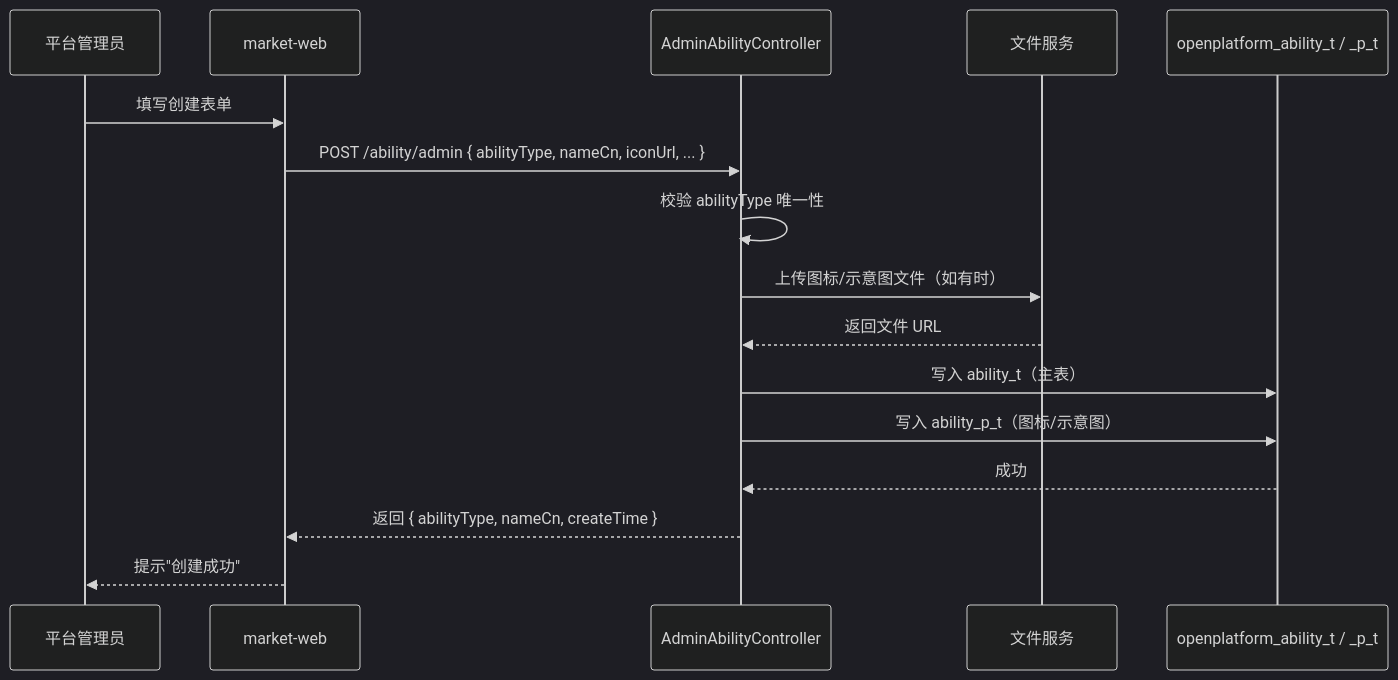
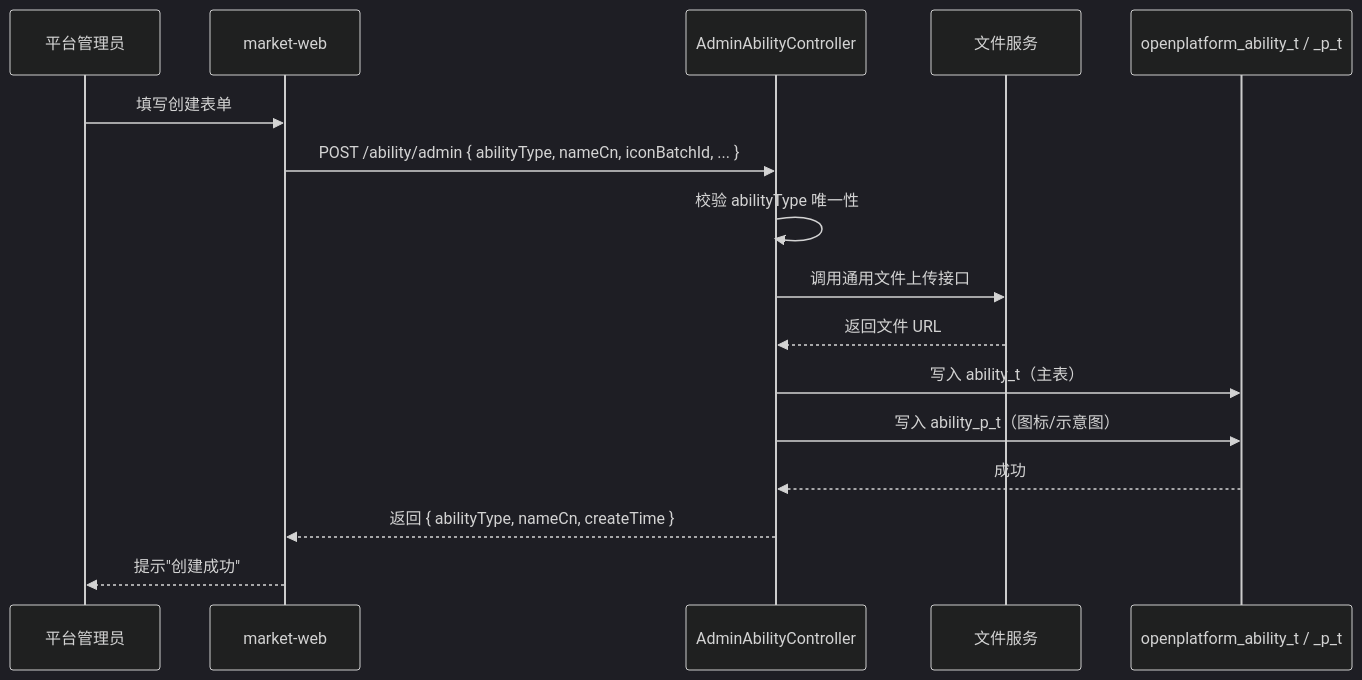
One commit to THZSummer/open-app changed the third of 6 diagrams in .sddu/specs-tree-root/specs-tree-ability-embedding/specs-tree-embedding-platform/plan.md. Above: the diagram before and after it, drawn with Mermaid (dark theme). The commit also changed other lines of this file and 36 other files, not shown here.

````diff
--- a/.sddu/specs-tree-root/specs-tree-ability-embedding/specs-tree-embedding-platform/plan.md
+++ b/.sddu/specs-tree-root/specs-tree-ability-embedding/specs-tree-embedding-platform/plan.md
@@ -323,19 +358,19 @@
 ```mermaid
 sequenceDiagram
     participant Admin as 平台管理员
     participant Web as market-web
     participant AdminCtrl as AdminAbilityController
     participant FileSvc as 文件服务
     participant DB as openplatform_ability_t / _p_t
 
     Admin->>Web: 填写创建表单
-    Web->>AdminCtrl: POST /ability/admin { abilityType, nameCn, iconUrl, ... }
+    Web->>AdminCtrl: POST /ability/admin { abilityType, nameCn, iconBatchId, ... }
     AdminCtrl->>AdminCtrl: 校验 abilityType 唯一性
-    AdminCtrl->>FileSvc: 上传图标/示意图文件（如有时）
+    AdminCtrl->>FileSvc: 调用通用文件上传接口
     FileSvc-->>AdminCtrl: 返回文件 URL
     AdminCtrl->>DB: 写入 ability_t（主表）
     AdminCtrl->>DB: 写入 ability_p_t（图标/示意图）
     DB-->>AdminCtrl: 成功
     AdminCtrl-->>Web: 返回 { abilityType, nameCn, createTime }
     Web-->>Admin: 提示"创建成功"
 ```
````
